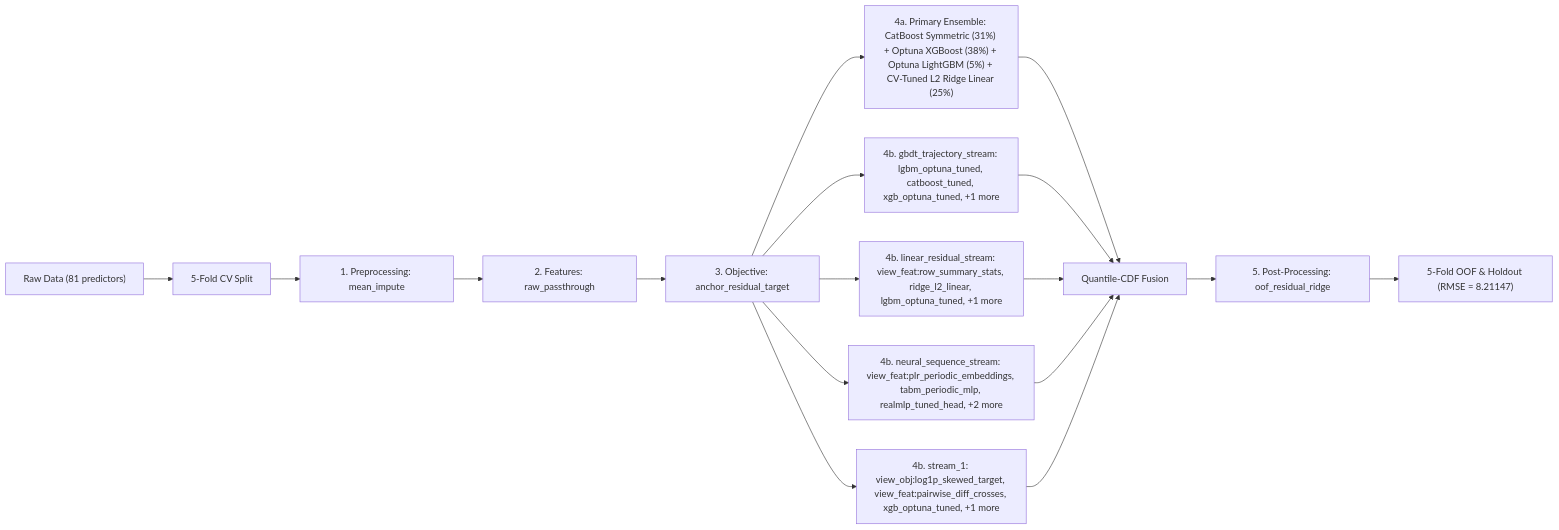
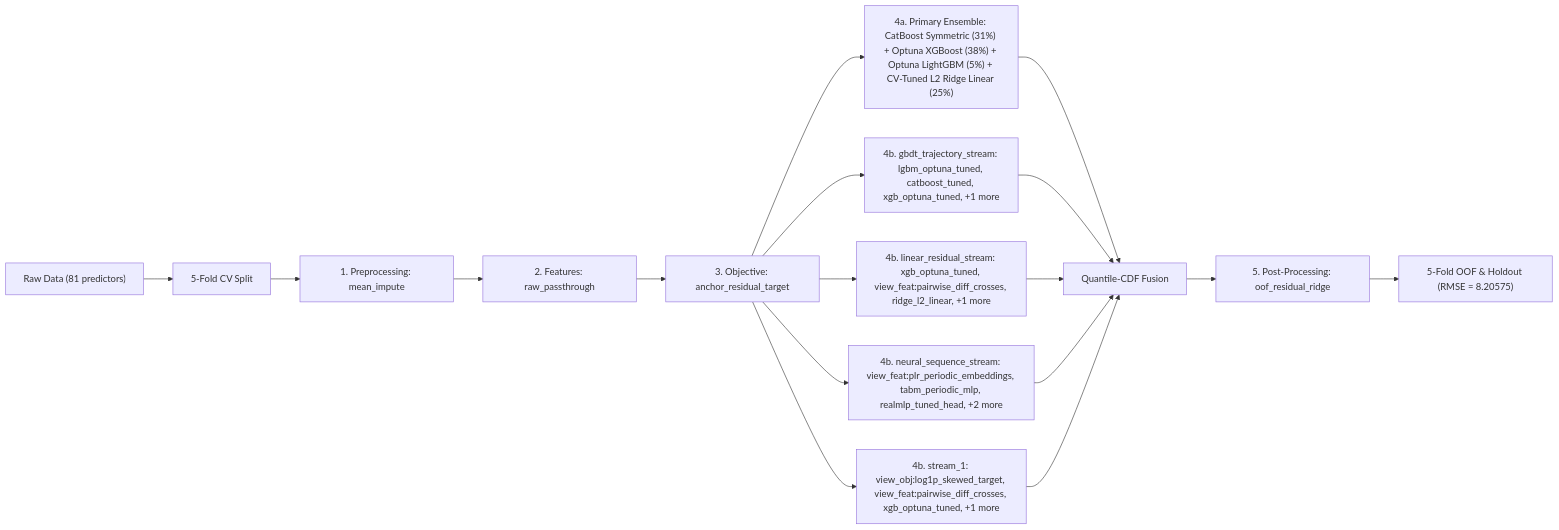
The diagram in README.md (stefanoclss/ROGII-Wellbore-Geology-Prediction), drawn with Mermaid before and after one commit. The commit also changed other lines of this file, not shown here.

First line of the commit message:
docs(readme): refresh verified OOF benchmark & build ledger (RMSE=8.20575)

````diff
--- a/README.md
+++ b/README.md
@@ -79,19 +80,19 @@
 ```mermaid
 flowchart LR
     DATA["Raw Data (81 predictors)"] --> SPLIT["5-Fold CV Split"]
     SPLIT --> PRE["1. Preprocessing: mean_impute"]
     PRE --> FEAT["2. Features: raw_passthrough"]
     FEAT --> OBJ["3. Objective: anchor_residual_target"]
     OBJ --> M0["4a. Primary Ensemble: CatBoost Symmetric (31%) + Optuna XGBoost (38%) + Optuna LightGBM (5%) + CV-Tuned L2 Ridge Linear (25%)"]
     M0 --> FUSE["Quantile-CDF Fusion"]
     OBJ --> S1["4b. gbdt_trajectory_stream: lgbm_optuna_tuned, catboost_tuned, xgb_optuna_tuned, +1 more"]
     S1 --> FUSE
-    OBJ --> S2["4b. linear_residual_stream: view_feat:row_summary_stats, ridge_l2_linear, lgbm_optuna_tuned, +1 more"]
+    OBJ --> S2["4b. linear_residual_stream: xgb_optuna_tuned, view_feat:pairwise_diff_crosses, ridge_l2_linear, +1 more"]
     S2 --> FUSE
     OBJ --> S3["4b. neural_sequence_stream: view_feat:plr_periodic_embeddings, tabm_periodic_mlp, realmlp_tuned_head, +2 more"]
     S3 --> FUSE
     OBJ --> S4["4b. stream_1: view_obj:log1p_skewed_target, view_feat:pairwise_diff_crosses, xgb_optuna_tuned, +1 more"]
     S4 --> FUSE
     FUSE --> POST["5. Post-Processing: oof_residual_ridge"]
-    POST --> OUT["5-Fold OOF & Holdout (RMSE = 8.21147)"]
+    POST --> OUT["5-Fold OOF & Holdout (RMSE = 8.20575)"]
 ```
````
